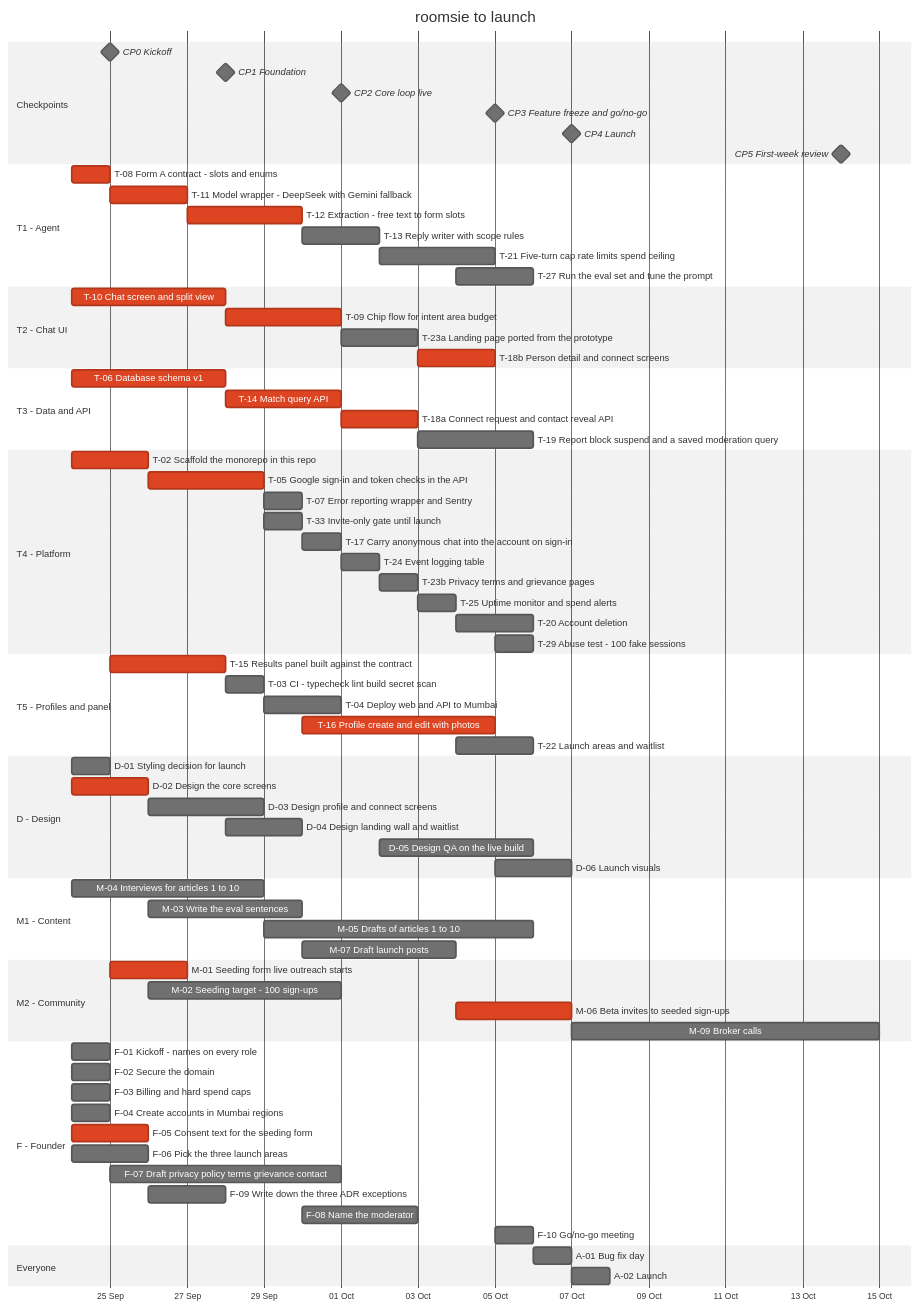
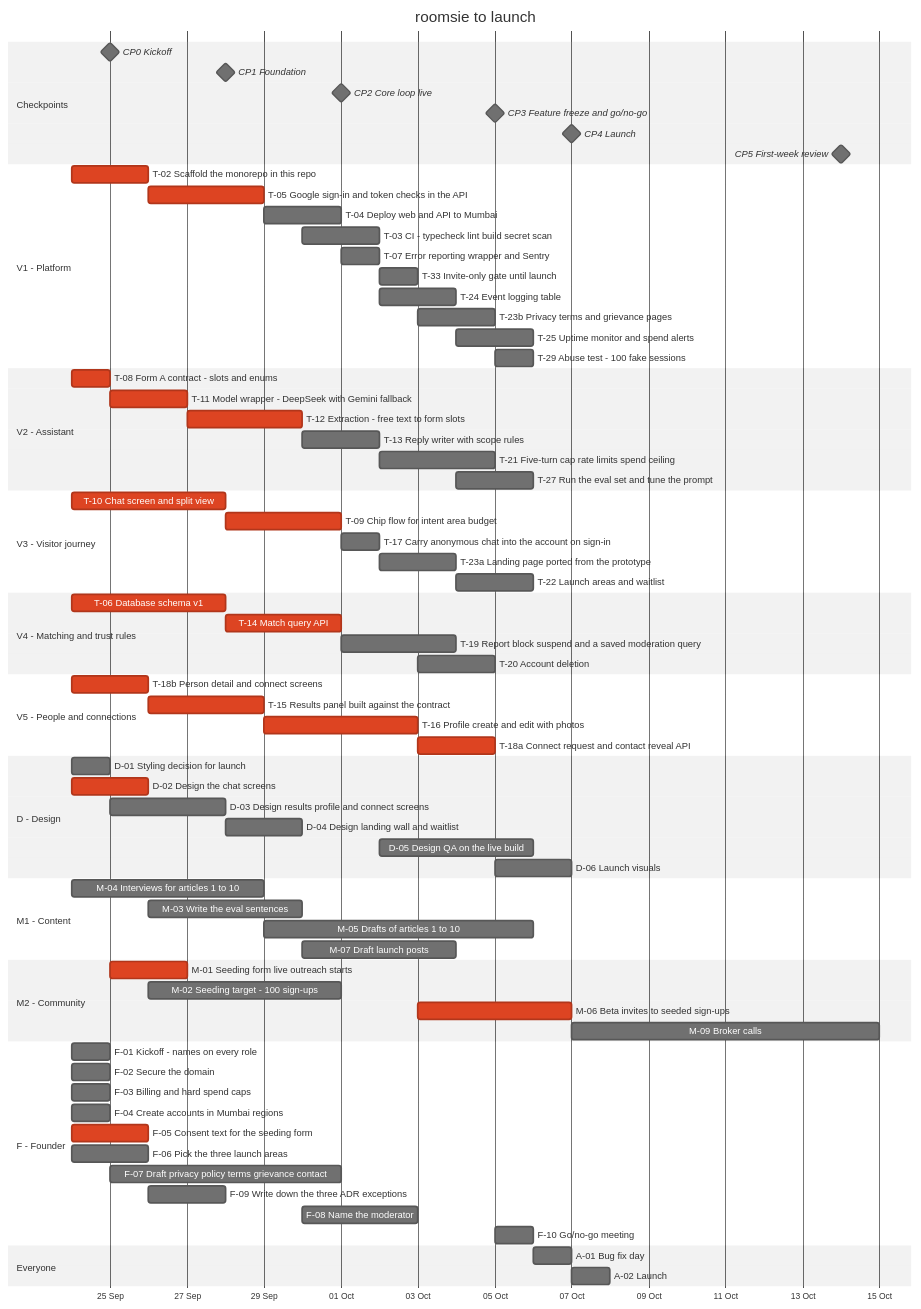
One commit to magentawood/roomsie changed the diagram in docs/team-plan.md. Above: the diagram before and after it, drawn with Mermaid (neutral theme). The commit also changed other lines of this file and 2 other files, not shown here.

````diff
--- a/docs/team-plan.md
+++ b/docs/team-plan.md
@@ -56,78 +184,78 @@
 ```mermaid
 gantt
     title roomsie to launch
     dateFormat YYYY-MM-DD
     axisFormat %d %b
     section Checkpoints
     CP0 Kickoff :milestone, cp0, 2026-09-25, 0d
     CP1 Foundation :milestone, cp1, 2026-09-28, 0d
     CP2 Core loop live :milestone, cp2, 2026-10-01, 0d
     CP3 Feature freeze and go/no-go :milestone, cp3, 2026-10-05, 0d
     CP4 Launch :milestone, cp4, 2026-10-07, 0d
     CP5 First-week review :milestone, cp5, 2026-10-14, 0d
-    section T1 - Agent
+    section V1 - Platform
+    T-02 Scaffold the monorepo in this repo :crit, t02, 2026-09-24, 2d
+    T-05 Google sign-in and token checks in the API :crit, t05, 2026-09-26, 3d
+    T-04 Deploy web and API to Mumbai :t04, 2026-09-29, 2d
+    T-03 CI - typecheck lint build secret scan :t03, 2026-09-30, 2d
+    T-07 Error reporting wrapper and Sentry :t07, 2026-10-01, 1d
+    T-33 Invite-only gate until launch :t33, 2026-10-02, 1d
+    T-24 Event logging table :t24, 2026-10-02, 2d
+    T-23b Privacy terms and grievance pages :t23b, 2026-10-03, 2d
+    T-25 Uptime monitor and spend alerts :t25, 2026-10-04, 2d
+    T-29 Abuse test - 100 fake sessions :t29, 2026-10-05, 1d
+    section V2 - Assistant
     T-08 Form A contract - slots and enums :crit, t08, 2026-09-24, 1d
     T-11 Model wrapper - DeepSeek with Gemini fallback :crit, t11, 2026-09-25, 2d
     T-12 Extraction - free text to form slots :crit, t12, 2026-09-27, 3d
     T-13 Reply writer with scope rules :t13, 2026-09-30, 2d
     T-21 Five-turn cap rate limits spend ceiling :t21, 2026-10-02, 3d
     T-27 Run the eval set and tune the prompt :t27, 2026-10-04, 2d
-    section T2 - Chat UI
+    section V3 - Visitor journey
     T-10 Chat screen and split view :crit, t10, 2026-09-24, 4d
     T-09 Chip flow for intent area budget :crit, t09, 2026-09-28, 3d
-    T-23a Landing page ported from the prototype :t23a, 2026-10-01, 2d
-    T-18b Person detail and connect screens :crit, t18b, 2026-10-03, 2d
-    section T3 - Data and API
+    T-17 Carry anonymous chat into the account on sign-in :t17, 2026-10-01, 1d
+    T-23a Landing page ported from the prototype :t23a, 2026-10-02, 2d
+    T-22 Launch areas and waitlist :t22, 2026-10-04, 2d
+    section V4 - Matching and trust rules
     T-06 Database schema v1 :crit, t06, 2026-09-24, 4d
     T-14 Match query API :crit, t14, 2026-09-28, 3d
-    T-18a Connect request and contact reveal API :crit, t18a, 2026-10-01, 2d
-    T-19 Report block suspend and a saved moderation query :t19, 2026-10-03, 3d
-    section T4 - Platform
-    T-02 Scaffold the monorepo in this repo :crit, t02, 2026-09-24, 2d
-    T-05 Google sign-in and token checks in the API :crit, t05, 2026-09-26, 3d
-    T-07 Error reporting wrapper and Sentry :t07, 2026-09-29, 1d
-    T-33 Invite-only gate until launch :t33, 2026-09-29, 1d
-    T-17 Carry anonymous chat into the account on sign-in :t17, 2026-09-30, 1d
-    T-24 Event logging table :t24, 2026-10-01, 1d
-    T-23b Privacy terms and grievance pages :t23b, 2026-10-02, 1d
-    T-25 Uptime monitor and spend alerts :t25, 2026-10-03, 1d
-    T-20 Account deletion :t20, 2026-10-04, 2d
-    T-29 Abuse test - 100 fake sessions :t29, 2026-10-05, 1d
-    section T5 - Profiles and panel
-    T-15 Results panel built against the contract :crit, t15, 2026-09-25, 3d
-    T-03 CI - typecheck lint build secret scan :t03, 2026-09-28, 1d
-    T-04 Deploy web and API to Mumbai :t04, 2026-09-29, 2d
-    T-16 Profile create and edit with photos :crit, t16, 2026-09-30, 5d
-    T-22 Launch areas and waitlist :t22, 2026-10-04, 2d
+    T-19 Report block suspend and a saved moderation query :t19, 2026-10-01, 3d
+    T-20 Account deletion :t20, 2026-10-03, 2d
+    section V5 - People and connections
+    T-18b Person detail and connect screens :crit, t18b, 2026-09-24, 2d
+    T-15 Results panel built against the contract :crit, t15, 2026-09-26, 3d
+    T-16 Profile create and edit with photos :crit, t16, 2026-09-29, 4d
+    T-18a Connect request and contact reveal API :crit, t18a, 2026-10-03, 2d
     section D - Design
     D-01 Styling decision for launch :d01, 2026-09-24, 1d
-    D-02 Design the core screens :crit, d02, 2026-09-24, 2d
-    D-03 Design profile and connect screens :d03, 2026-09-26, 3d
+    D-02 Design the chat screens :crit, d02, 2026-09-24, 2d
+    D-03 Design results profile and connect screens :d03, 2026-09-25, 3d
     D-04 Design landing wall and waitlist :d04, 2026-09-28, 2d
     D-05 Design QA on the live build :d05, 2026-10-02, 4d
     D-06 Launch visuals :d06, 2026-10-05, 2d
     section M1 - Content
     M-04 Interviews for articles 1 to 10 :m04, 2026-09-24, 5d
     M-03 Write the eval sentences :m03, 2026-09-26, 4d
     M-05 Drafts of articles 1 to 10 :m05, 2026-09-29, 7d
     M-07 Draft launch posts :m07, 2026-09-30, 4d
     section M2 - Community
     M-01 Seeding form live outreach starts :crit, m01, 2026-09-25, 2d
     M-02 Seeding target - 100 sign-ups :m02, 2026-09-26, 5d
-    M-06 Beta invites to seeded sign-ups :crit, m06, 2026-10-04, 3d
+    M-06 Beta invites to seeded sign-ups :crit, m06, 2026-10-03, 4d
     M-09 Broker calls :m09, 2026-10-07, 8d
     section F - Founder
     F-01 Kickoff - names on every role :f01, 2026-09-24, 1d
     F-02 Secure the domain :f02, 2026-09-24, 1d
     F-03 Billing and hard spend caps :f03, 2026-09-24, 1d
     F-04 Create accounts in Mumbai regions :f04, 2026-09-24, 1d
     F-05 Consent text for the seeding form :crit, f05, 2026-09-24, 2d
     F-06 Pick the three launch areas :f06, 2026-09-24, 2d
     F-07 Draft privacy policy terms grievance contact :f07, 2026-09-25, 6d
     F-09 Write down the three ADR exceptions :f09, 2026-09-26, 2d
     F-08 Name the moderator :f08, 2026-09-30, 3d
     F-10 Go/no-go meeting :f10, 2026-10-05, 1d
     section Everyone
     A-01 Bug fix day :a01, 2026-10-06, 1d
     A-02 Launch :a02, 2026-10-07, 1d
 ```
````
